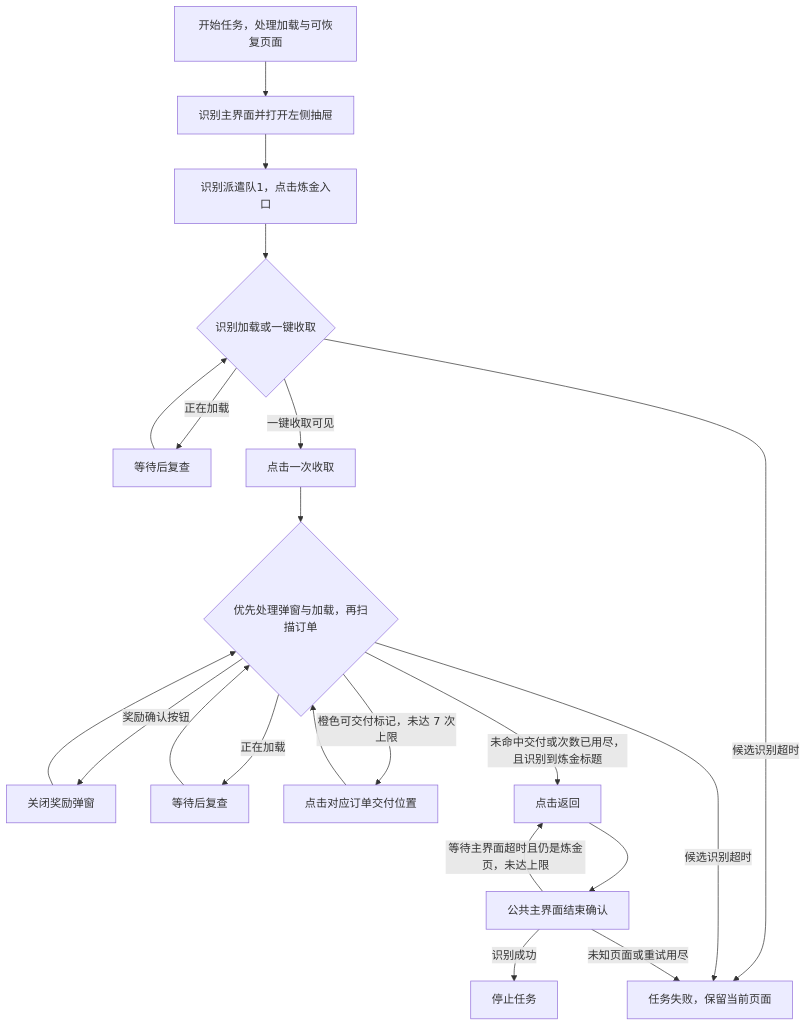
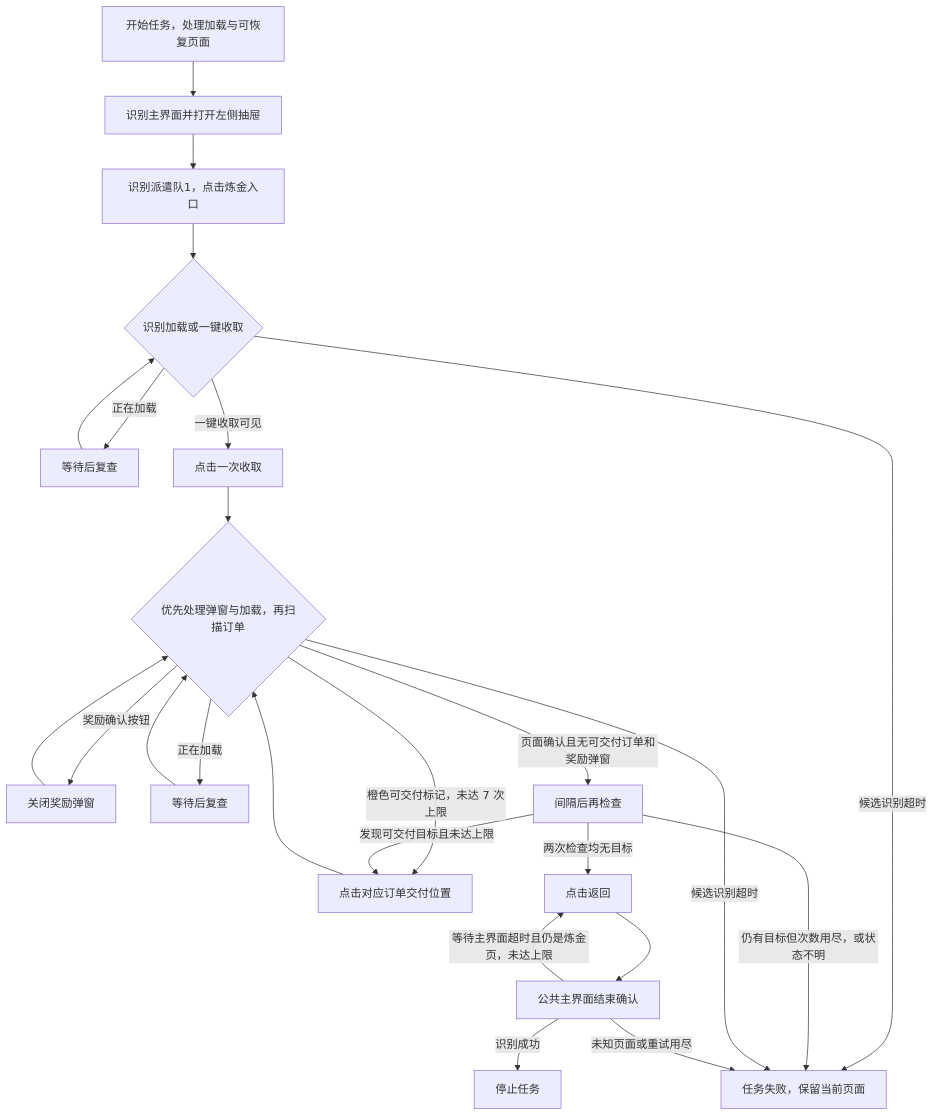
The diagram in docs/zh_cn/tasks/daily_alchemy_orders.md (cccrx1/TKFMaa), drawn with Mermaid before and after one commit. The commit also changed other lines of this file and 1 other file, not shown here.

````diff
--- a/docs/zh_cn/tasks/daily_alchemy_orders.md
+++ b/docs/zh_cn/tasks/daily_alchemy_orders.md
@@ -17,23 +17,26 @@
 ```mermaid
 flowchart TD
     Start[开始任务，处理加载与可恢复页面] --> Main[识别主界面并打开左侧抽屉]
     Main --> Drawer[识别派遣队1，点击炼金入口]
     Drawer --> Collect{识别加载或一键收取}
     Collect -->|正在加载| Wait[等待后复查]
     Wait --> Collect
     Collect -->|一键收取可见| Click[点击一次收取]
     Collect -->|候选识别超时| Fail[任务失败，保留当前页面]
     Click --> Scan{优先处理弹窗与加载，再扫描订单}
     Scan -->|奖励确认按钮| Reward[关闭奖励弹窗]
     Reward --> Scan
     Scan -->|正在加载| ScanWait[等待后复查]
     ScanWait --> Scan
     Scan -->|橙色可交付标记，未达 7 次上限| Deliver[点击对应订单交付位置]
     Deliver --> Scan
-    Scan -->|未命中交付或次数已用尽，且识别到炼金标题| Back[点击返回]
+    Scan -->|页面确认且无可交付订单和奖励弹窗| Verify[间隔后再检查]
+    Verify -->|发现可交付目标且未达上限| Deliver
+    Verify -->|两次检查均无目标| Back[点击返回]
+    Verify -->|仍有目标但次数用尽，或状态不明| Fail
     Scan -->|候选识别超时| Fail
     Back --> Confirm[公共主界面结束确认]
     Confirm -->|识别成功| Done[停止任务]
     Confirm -->|等待主界面超时且仍是炼金页，未达上限| Back
     Confirm -->|未知页面或重试用尽| Fail
 ```
````
